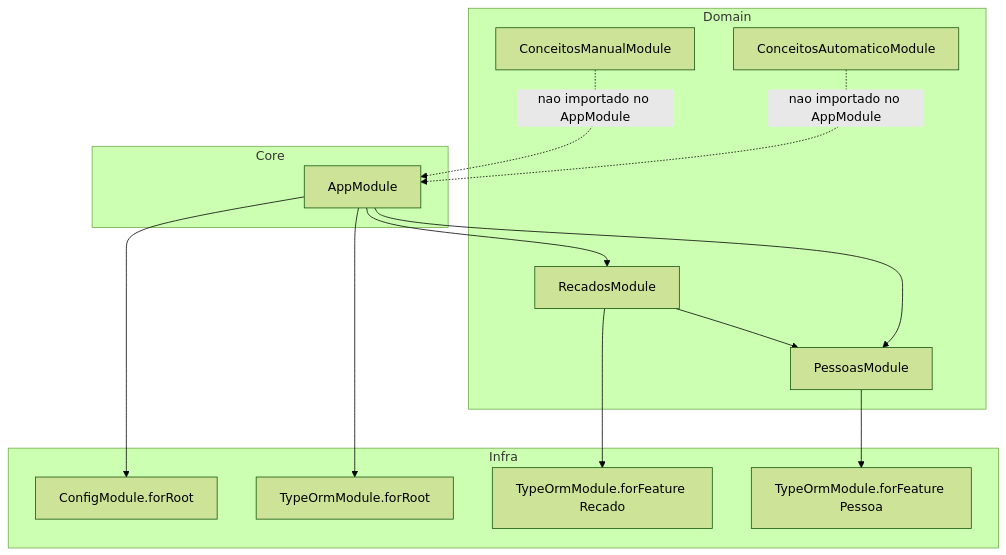
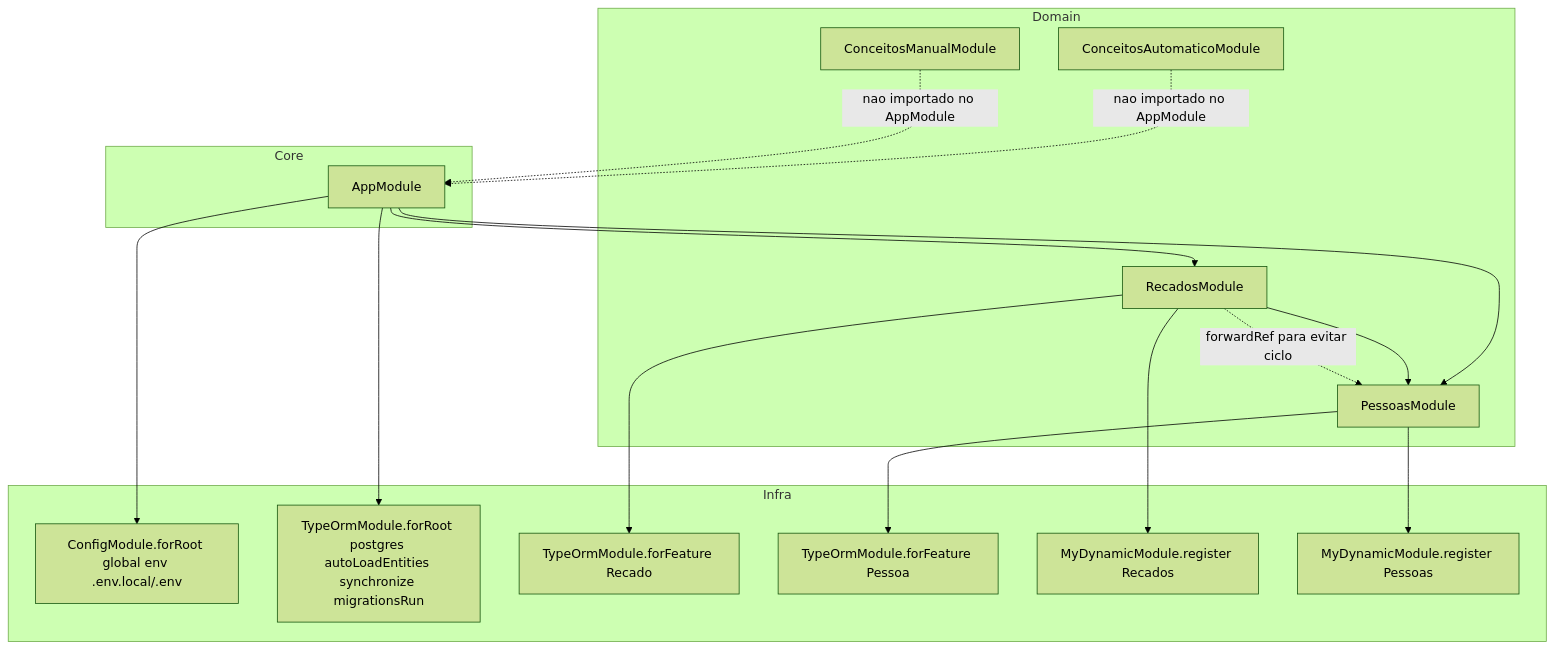
Before and after one commit to marreiro23/conceitos_nest: the diagram in docs/arquitetura/flow-modulos-app.mmd, drawn with Mermaid (forest theme). The commit also changed 10 other files, not shown here.

Commit message:
feat: update recados and pessoas modules; modify API endpoints, enhance service logging, and add UML/sequence diagrams for better documentation

```diff
--- a/docs/arquitetura/flow-modulos-app.mmd
+++ b/docs/arquitetura/flow-modulos-app.mmd
@@ -1,30 +1,36 @@
 flowchart TB
   subgraph Core
     AppModule[AppModule]
   end
 
   subgraph Domain
     RecadosModule[RecadosModule]
     PessoasModule[PessoasModule]
     ConceitosAutomaticoModule[ConceitosAutomaticoModule]
     ConceitosManualModule[ConceitosManualModule]
   end
 
   subgraph Infra
-    ConfigModule[ConfigModule.forRoot]
-    TypeOrmRoot[TypeOrmModule.forRoot]
+    ConfigModule[ConfigModule.forRoot global env .env.local/.env]
+    TypeOrmRoot[TypeOrmModule.forRoot postgres autoLoadEntities synchronize migrationsRun]
     RecadoFeature[TypeOrmModule.forFeature Recado]
     PessoaFeature[TypeOrmModule.forFeature Pessoa]
+    DynamicRecados[MyDynamicModule.register Recados]
+    DynamicPessoas[MyDynamicModule.register Pessoas]
   end
 
   AppModule --> ConfigModule
   AppModule --> TypeOrmRoot
   AppModule --> RecadosModule
   AppModule --> PessoasModule
 
   RecadosModule --> PessoasModule
   RecadosModule --> RecadoFeature
+  RecadosModule --> DynamicRecados
   PessoasModule --> PessoaFeature
+  PessoasModule --> DynamicPessoas
+
+  RecadosModule -. forwardRef para evitar ciclo .-> PessoasModule
 
   ConceitosAutomaticoModule -. nao importado no AppModule .-> AppModule
   ConceitosManualModule -. nao importado no AppModule .-> AppModule
```
